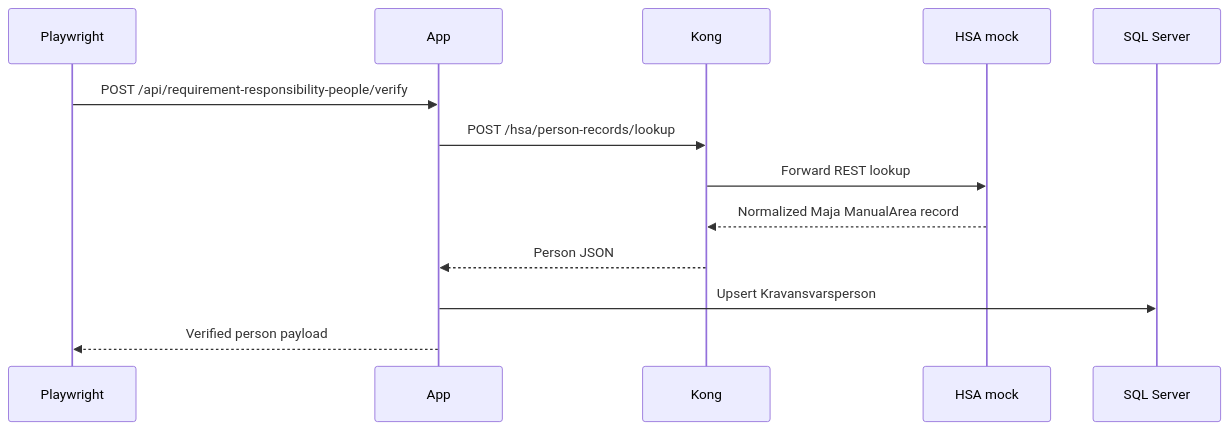
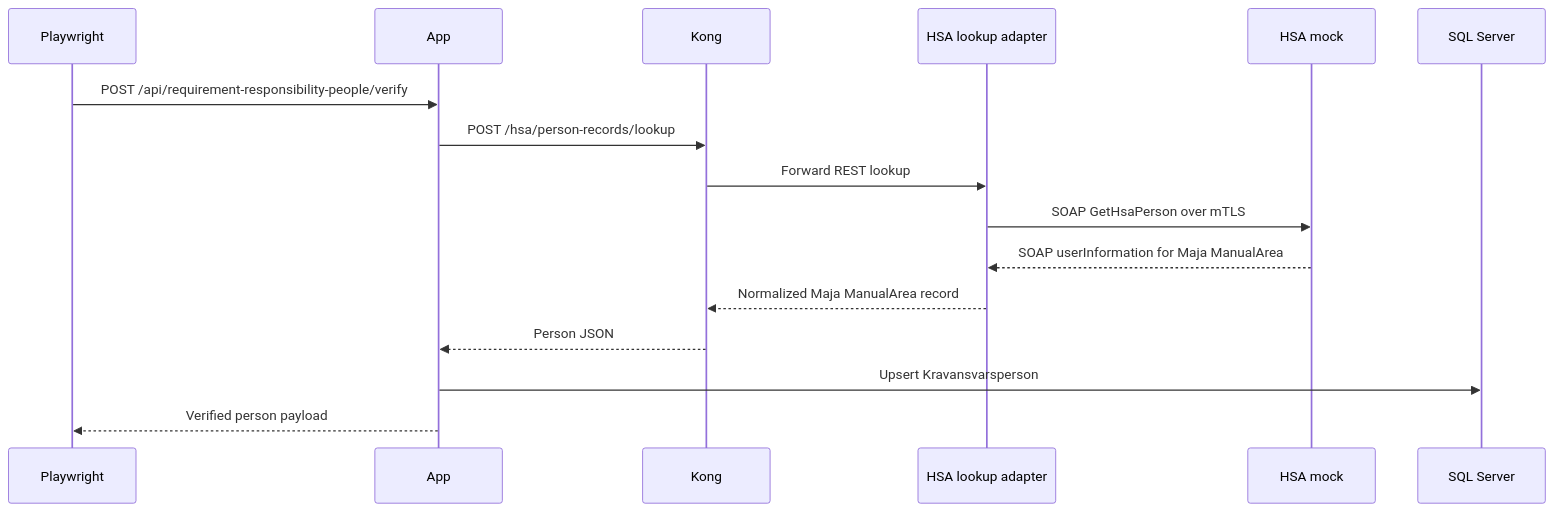
Before and after one commit to viscalyx/Kravhantering: the third of 3 diagrams in tests/release-smoke/release-smoke.md, drawn with Mermaid. The commit also changed other lines of this file and 91 other files, not shown here.

First line of the commit message:
feat: HSA lookup adapter with REST facade and SOAP integration (#328)

````diff
--- a/tests/release-smoke/release-smoke.md
+++ b/tests/release-smoke/release-smoke.md
@@ -152,16 +153,19 @@
 ```mermaid
 sequenceDiagram
     participant PW as Playwright
     participant APP as App
     participant K as Kong
+    participant A as HSA lookup adapter
     participant HSA as HSA mock
     participant DB as SQL Server
 
     PW->>APP: POST /api/requirement-responsibility-people/verify
     APP->>K: POST /hsa/person-records/lookup
-    K->>HSA: Forward REST lookup
-    HSA-->>K: Normalized Maja ManualArea record
+    K->>A: Forward REST lookup
+    A->>HSA: SOAP GetHsaPerson over mTLS
+    HSA-->>A: SOAP userInformation for Maja ManualArea
+    A-->>K: Normalized Maja ManualArea record
     K-->>APP: Person JSON
     APP->>DB: Upsert Kravansvarsperson
     APP-->>PW: Verified person payload
 ```
````
